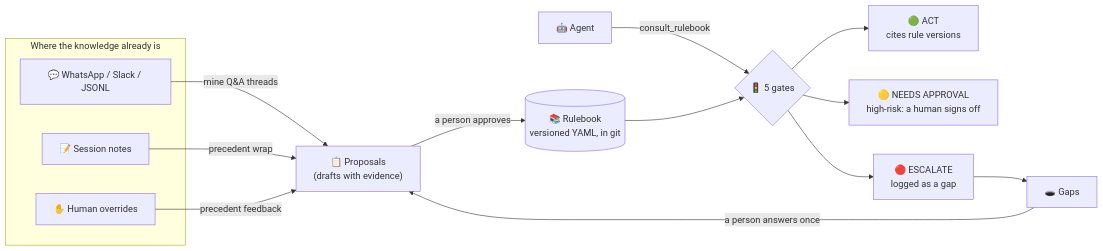
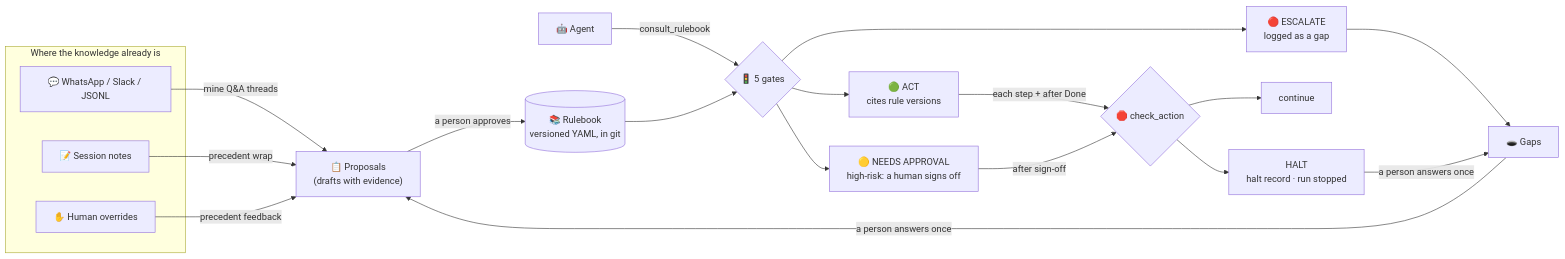
Before and after one commit to burhan-mujahid/precedent: the diagram in README.md, drawn with Mermaid. The commit also changed other lines of this file and 24 other files, not shown here.

````diff
--- a/README.md
+++ b/README.md
@@ -139,23 +142,29 @@
 ```mermaid
 flowchart LR
     subgraph sources ["Where the knowledge already is"]
         A["💬 WhatsApp / Slack / JSONL"]
         B["📝 Session notes"]
         C["✋ Human overrides"]
     end
 
     A -- "mine Q&A threads" --> P["📋 Proposals<br/>(drafts with evidence)"]
     B -- "precedent wrap" --> P
     C -- "precedent feedback" --> P
     G["🕳️ Gaps"] -- "a person answers once" --> P
 
     P -- "a person approves" --> R[("📚 Rulebook<br/>versioned YAML, in git")]
 
     AG["🤖 Agent"] -- "consult_rulebook" --> GATES{"🚦 5 gates"}
     R --> GATES
 
     GATES --> ACT["🟢 ACT<br/>cites rule versions"]
     GATES --> APP["🟡 NEEDS APPROVAL<br/>high-risk: a human signs off"]
     GATES --> ESC["🔴 ESCALATE<br/>logged as a gap"]
     ESC --> G
+
+    ACT -- "each step + after Done" --> CHK{"🛑 check_action"}
+    APP -- "after sign-off" --> CHK
+    CHK --> CONT["continue"]
+    CHK --> HALT["HALT<br/>halt record · run stopped"]
+    HALT -- "a person answers once" --> G
 ```
````
